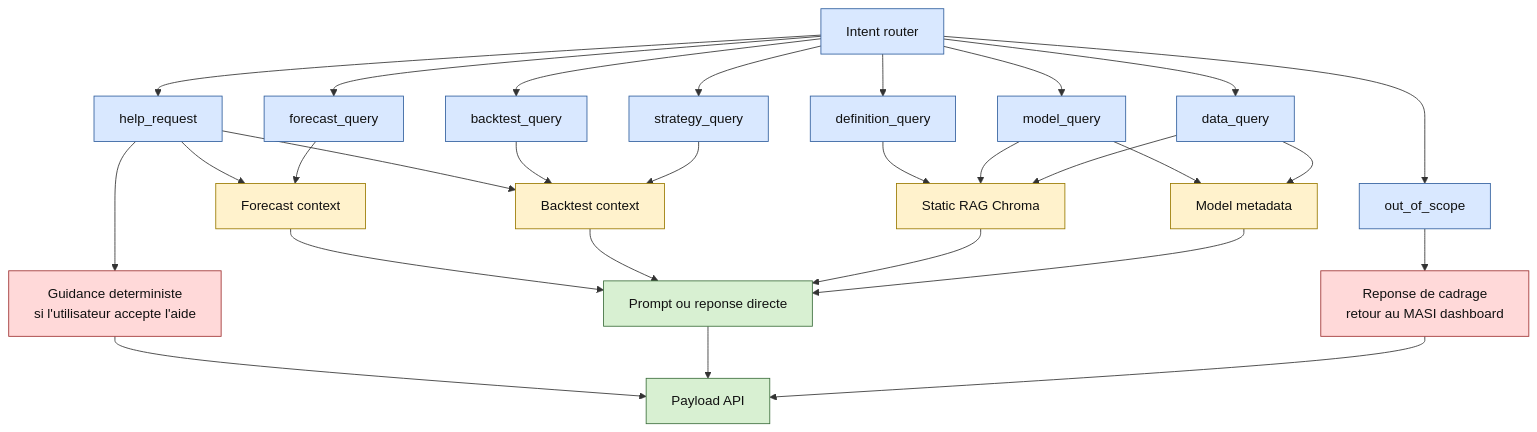
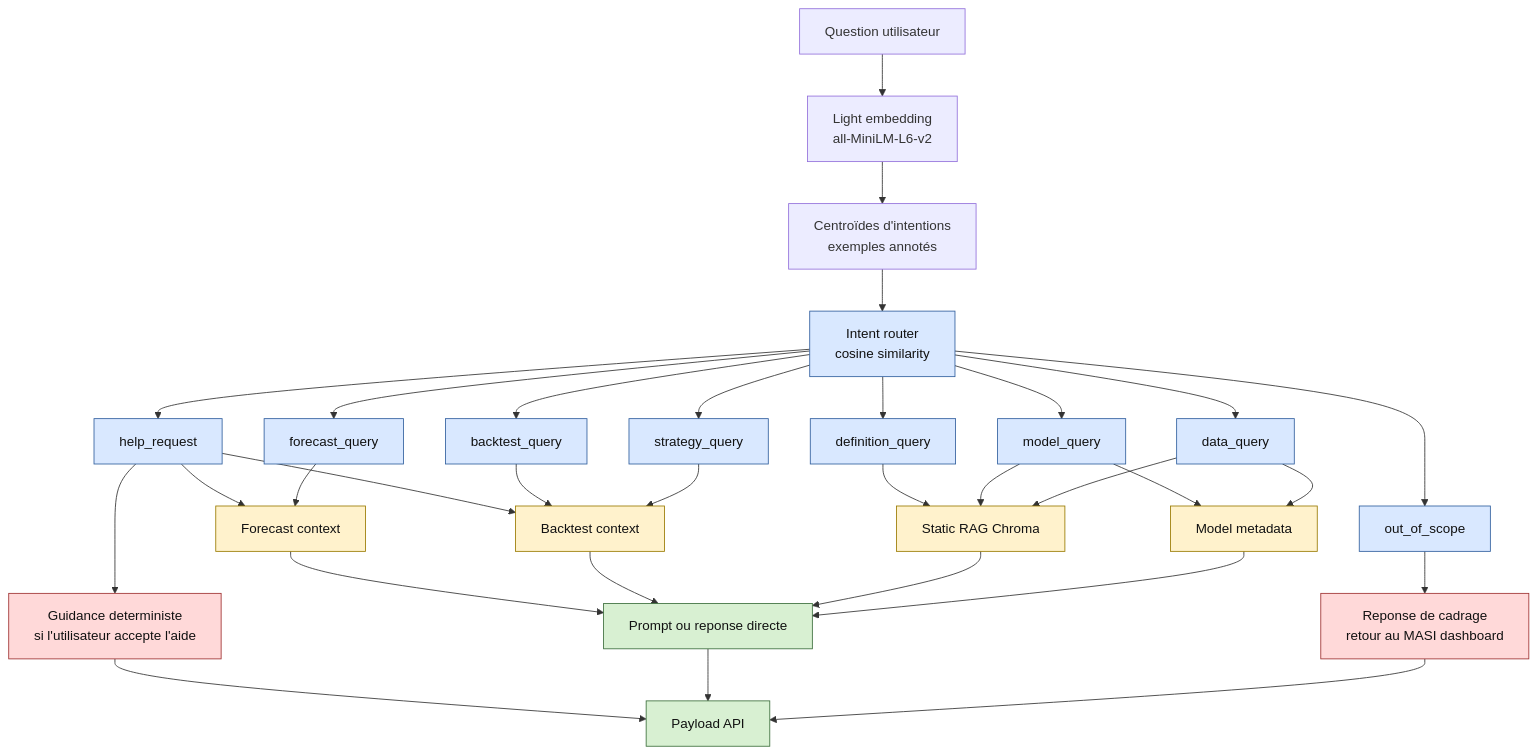
One commit to mohamedzayd-elfahime/market-risk-forecasting-ai-dashboard changed the fourth of 6 diagrams in docs/CHATBOT_DIAGRAMS.md. Above: the diagram before and after it, drawn with Mermaid. The commit also changed other lines of this file and 4 other files, not shown here.

````diff
--- a/docs/CHATBOT_DIAGRAMS.md
+++ b/docs/CHATBOT_DIAGRAMS.md
@@ -111,45 +111,48 @@
 ```mermaid
 flowchart TD
-    Intent["Intent router"] --> Help["help_request"]
+    Q["Question utilisateur"] --> Embed["Light embedding<br/>all-MiniLM-L6-v2"]
+    Embed --> Centroids["Centroïdes d'intentions<br/>exemples annotés"]
+    Centroids --> Intent["Intent router<br/>cosine similarity"]
+    Intent --> Help["help_request"]
     Intent --> Forecast["forecast_query"]
     Intent --> Backtest["backtest_query"]
     Intent --> Strategy["strategy_query"]
     Intent --> Definition["definition_query"]
     Intent --> Model["model_query"]
     Intent --> Data["data_query"]
     Intent --> Out["out_of_scope"]
 
     Help --> Guided["Guidance deterministe<br/>si l'utilisateur accepte l'aide"]
     Help --> ForecastCtx["Forecast context"]
     Help --> BacktestCtx["Backtest context"]
 
     Forecast --> ForecastCtx
     Backtest --> BacktestCtx
     Strategy --> BacktestCtx
 
     Definition --> StaticRAG["Static RAG Chroma"]
     Model --> StaticRAG
     Data --> StaticRAG
     Model --> Metadata["Model metadata"]
     Data --> Metadata
 
     Out --> Refusal["Reponse de cadrage<br/>retour au MASI dashboard"]
 
     ForecastCtx --> Prompt["Prompt ou reponse directe"]
     BacktestCtx --> Prompt
     StaticRAG --> Prompt
     Metadata --> Prompt
     Guided --> Payload["Payload API"]
     Prompt --> Payload
     Refusal --> Payload
 
     classDef intent fill:#d9e8ff,stroke:#315f9e,color:#111;
     classDef ctx fill:#fff2cc,stroke:#997a00,color:#111;
     classDef direct fill:#ffd9d9,stroke:#9e3131,color:#111;
     classDef output fill:#d8f0d2,stroke:#3c6e3c,color:#111;
 
     class Intent,Help,Forecast,Backtest,Strategy,Definition,Model,Data,Out intent;
     class ForecastCtx,BacktestCtx,StaticRAG,Metadata ctx;
     class Guided,Refusal direct;
     class Prompt,Payload output;
 ```
````
